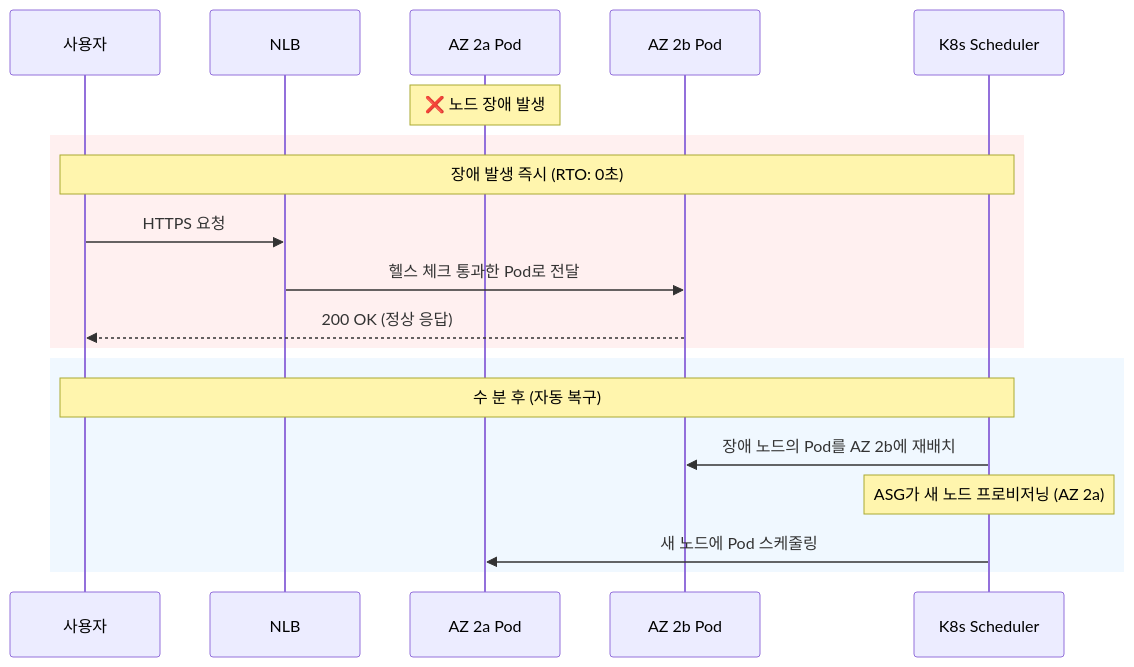
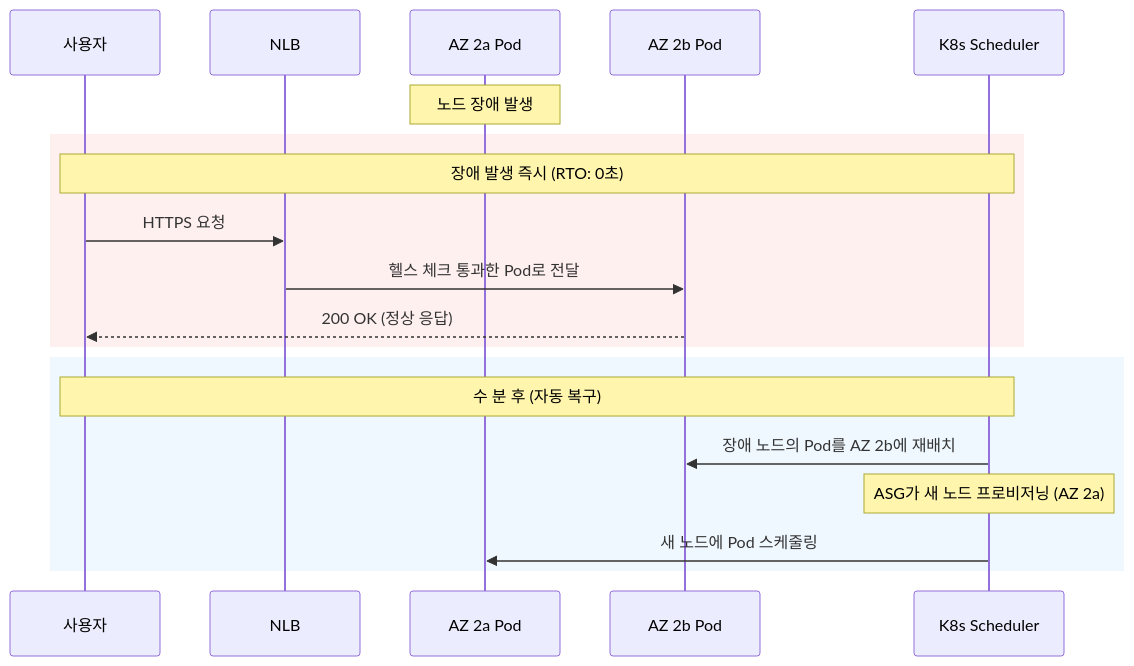
One commit to 80-hours-a-week/2-cho-community-infra changed diagram 15 of 17 in report.md. Above: the diagram before and after it, drawn with Mermaid. The commit also changed other lines of this file and 1 other file, not shown here.

````diff
--- a/report.md
+++ b/report.md
@@ -770,24 +770,24 @@
 ```mermaid
 sequenceDiagram
     participant User as 사용자
     participant NLB as NLB
     participant AZ_A as AZ 2a Pod
     participant AZ_B as AZ 2b Pod
     participant K8s as K8s Scheduler
 
-    Note over AZ_A: ❌ 노드 장애 발생
+    Note over AZ_A: 노드 장애 발생
 
     rect rgb(255, 240, 240)
         Note over User,K8s: 장애 발생 즉시 (RTO: 0초)
         User->>NLB: HTTPS 요청
         NLB->>AZ_B: 헬스 체크 통과한 Pod로 전달
         AZ_B-->>User: 200 OK (정상 응답)
     end
 
     rect rgb(240, 248, 255)
         Note over User,K8s: 수 분 후 (자동 복구)
         K8s->>AZ_B: 장애 노드의 Pod를 AZ 2b에 재배치
         Note over K8s: ASG가 새 노드 프로비저닝 (AZ 2a)
         K8s->>AZ_A: 새 노드에 Pod 스케줄링
     end
 ```
````
